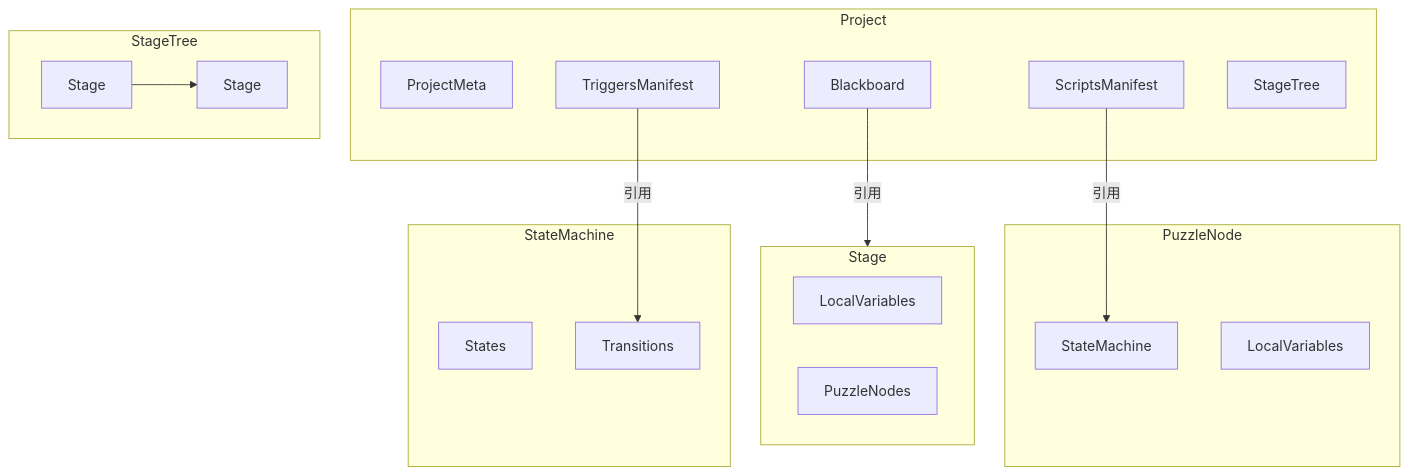
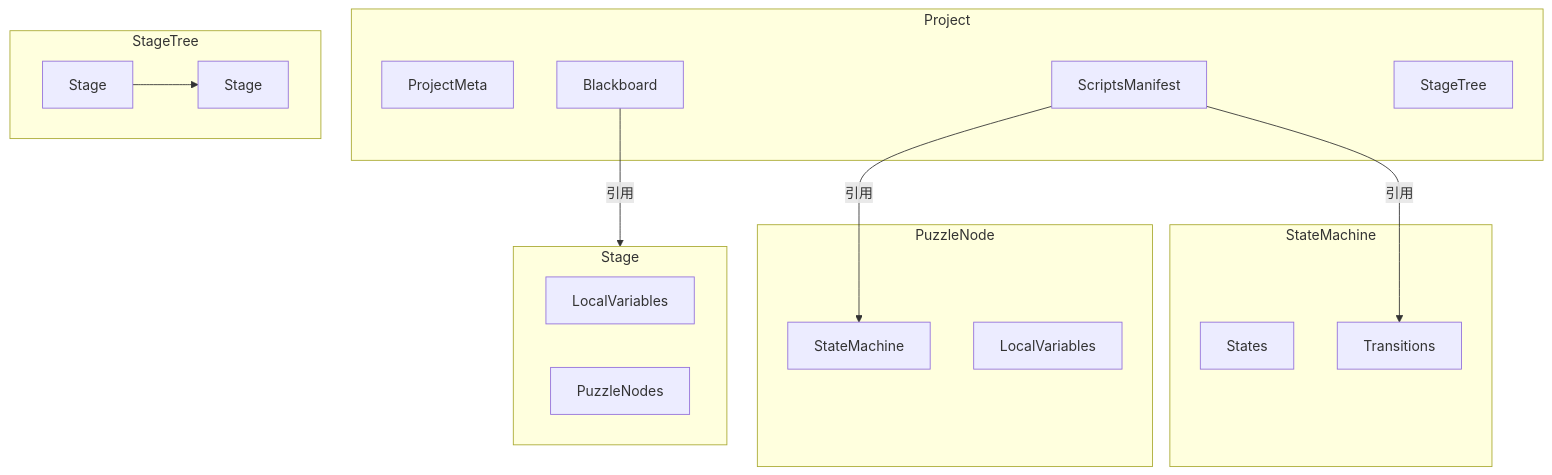
One commit to starryforest-ymxk/PuzzleEditor changed the diagram in overview/dev/Domain_Model.md. Above: the diagram before and after it, drawn with Mermaid. The commit also changed other lines of this file and 11 other files, not shown here.

````diff
--- a/overview/dev/Domain_Model.md
+++ b/overview/dev/Domain_Model.md
@@ -19,35 +19,34 @@
 ```mermaid
 graph TB
     subgraph Project
         Meta[ProjectMeta]
         BB[Blackboard]
         Scripts[ScriptsManifest]
-        Triggers[TriggersManifest]
         Tree[StageTree]
     end
     
     subgraph StageTree
         Stage1[Stage]
         Stage2[Stage]
         Stage1 --> Stage2
     end
     
     subgraph Stage
         LocalVars[LocalVariables]
         Nodes[PuzzleNodes]
     end
     
     subgraph PuzzleNode
         FSM[StateMachine]
         NodeVars[LocalVariables]
     end
     
     subgraph StateMachine
         States[States]
         Trans[Transitions]
     end
     
     BB --> |引用| Stage
     Scripts --> |引用| FSM
-    Triggers --> |引用| Trans
+    Scripts --> |引用| Trans
 ```
````
